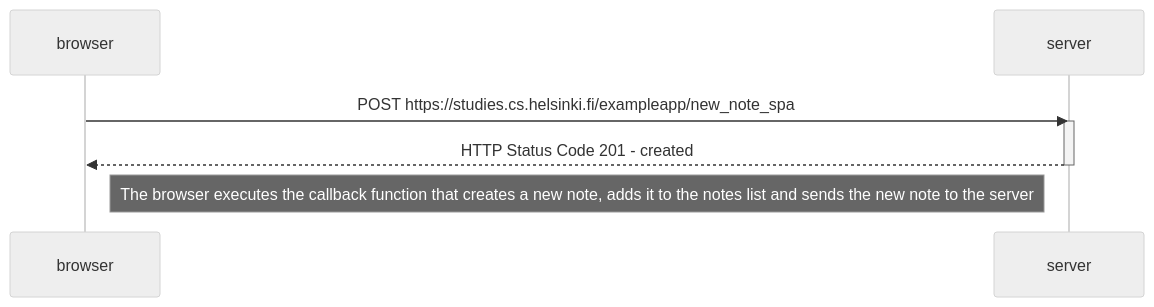
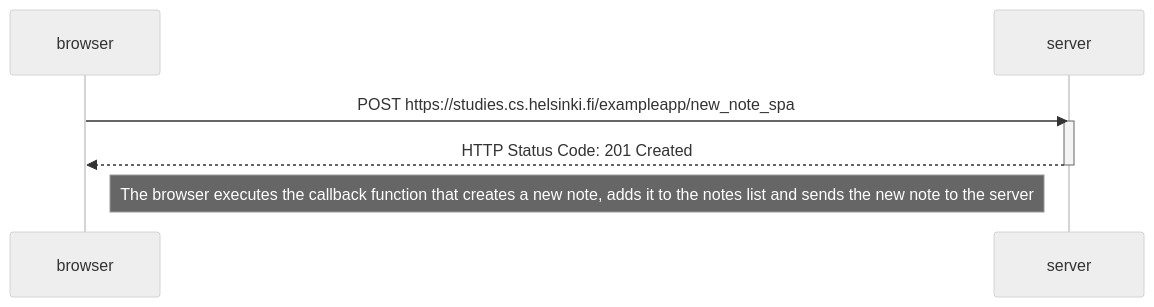
One commit to kunle-coded/fullstack-open changed the diagram in Part0/0.6.md. Above: the diagram before and after it, drawn with Mermaid (neutral theme). The commit also changed 1 other file, not shown here.

Commit message:
correction

````diff
--- a/Part0/0.6.md
+++ b/Part0/0.6.md
@@ -1,12 +1,12 @@
 ```mermaid
 sequenceDiagram
     participant browser
     participant server
 
     browser->>server: POST https://studies.cs.helsinki.fi/exampleapp/new_note_spa
     activate server
-    server-->>browser: HTTP Status Code 201 - created
+    server-->>browser: HTTP Status Code: 201 Created
     deactivate server
 
     Note right of browser: The browser executes the callback function that creates a new note, adds it to the notes list and sends the new note to the server
 ```
````
